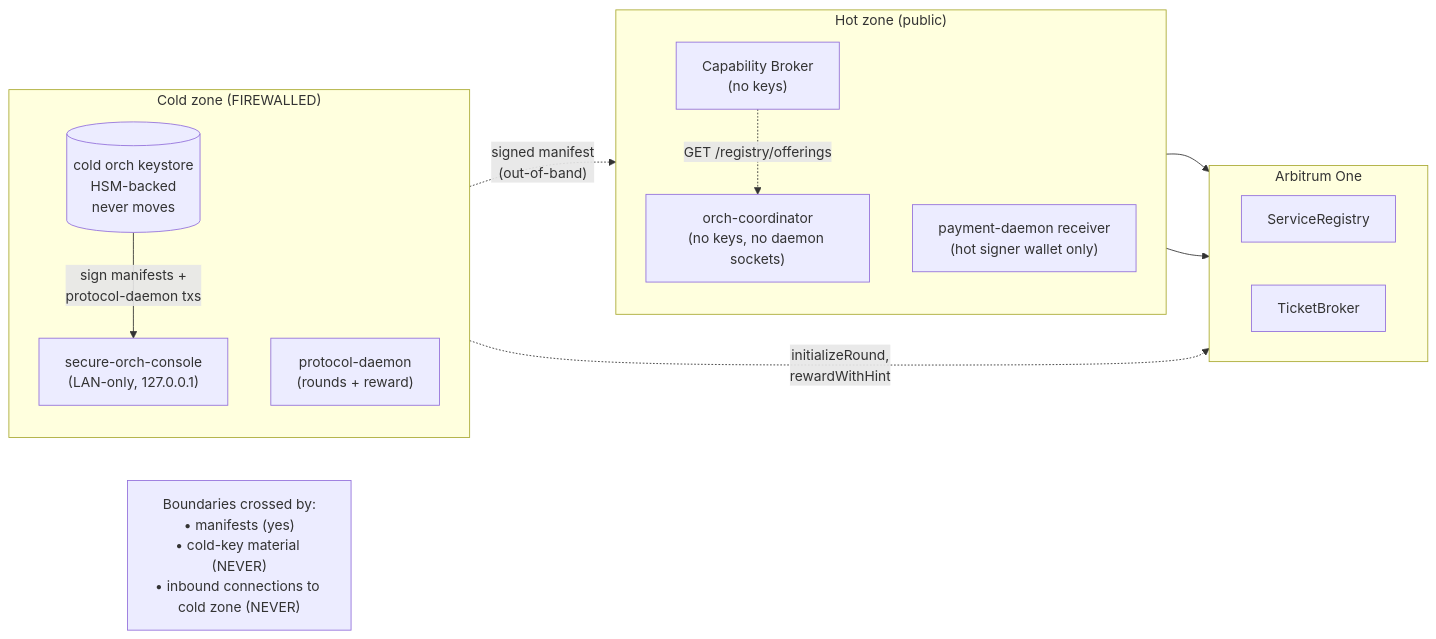
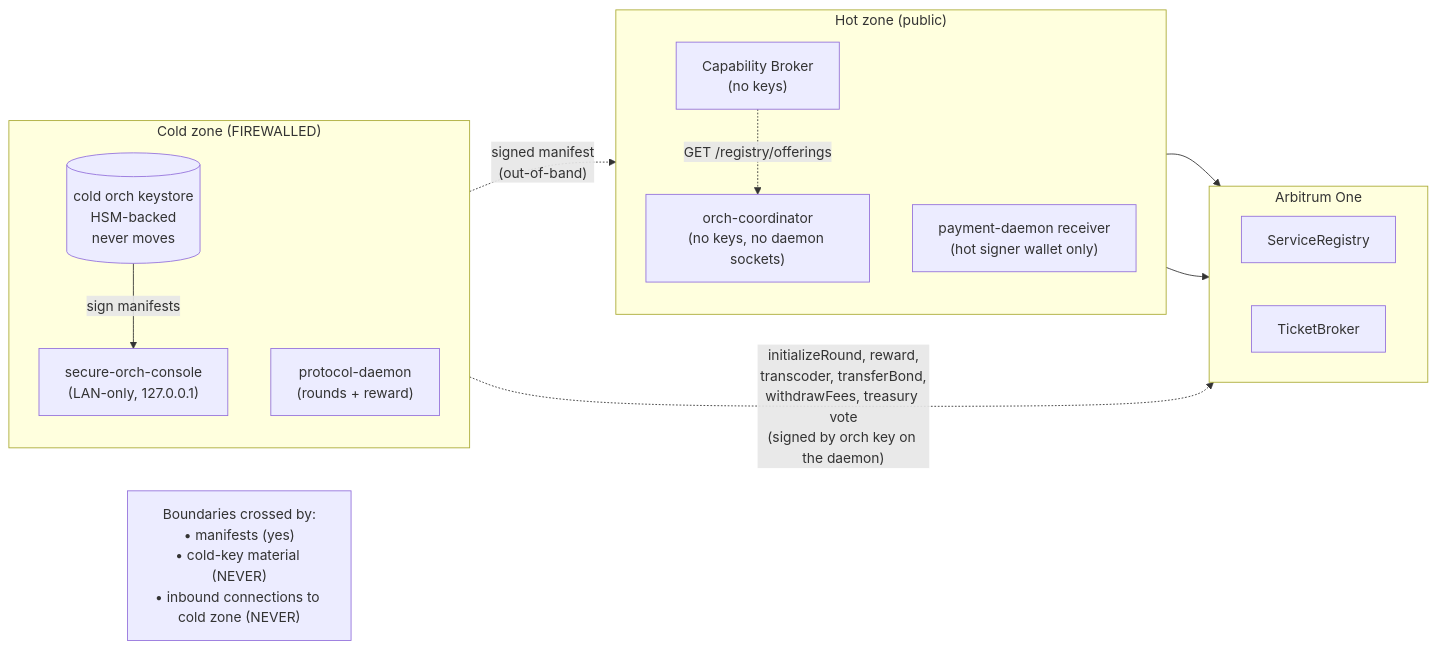
One commit to Cloud-SPE/livepeer-network-modules changed the first of 2 diagrams in docs/design-docs/trust-model.md. Above: the diagram before and after it, drawn with Mermaid. The commit also changed other lines of this file, not shown here.

First line of the commit message:
docs(trust-model): orchestrator protocol txs are daemon-signed, not cold-key

````diff
--- a/docs/design-docs/trust-model.md
+++ b/docs/design-docs/trust-model.md
@@ -25,32 +25,32 @@
 ```mermaid
 flowchart LR
     subgraph cold["Cold zone (FIREWALLED)"]
         direction TB
         COLD[("cold orch keystore<br/>HSM-backed<br/>never moves")]
         SOC["secure-orch-console<br/>(LAN-only, 127.0.0.1)"]
         PRD["protocol-daemon<br/>(rounds + reward)"]
     end
 
     subgraph hot["Hot zone (public)"]
         direction TB
         OC["orch-coordinator<br/>(no keys, no daemon sockets)"]
         Broker["Capability Broker<br/>(no keys)"]
         WPD["payment-daemon receiver<br/>(hot signer wallet only)"]
     end
 
     subgraph chain["Arbitrum One"]
         direction LR
         SREG["ServiceRegistry"]
         TB["TicketBroker"]
     end
 
-    COLD -- "sign manifests +<br/>protocol-daemon txs" --> SOC
+    COLD -- "sign manifests" --> SOC
     SOC -.->|"signed manifest<br/>(out-of-band)"| OC
-    PRD -.->|"initializeRound,<br/>rewardWithHint"| chain
+    PRD -.->|"initializeRound, reward,<br/>transcoder, transferBond,<br/>withdrawFees, treasury vote<br/>(signed by orch key on the daemon)"| chain
 
     Broker -.->|"GET /registry/offerings"| OC
     OC --> SREG
     WPD --> TB
 
     Note1["Boundaries crossed by:<br/>• manifests (yes)<br/>• cold-key material (NEVER)<br/>• inbound connections to cold zone (NEVER)"]
 ```
````
